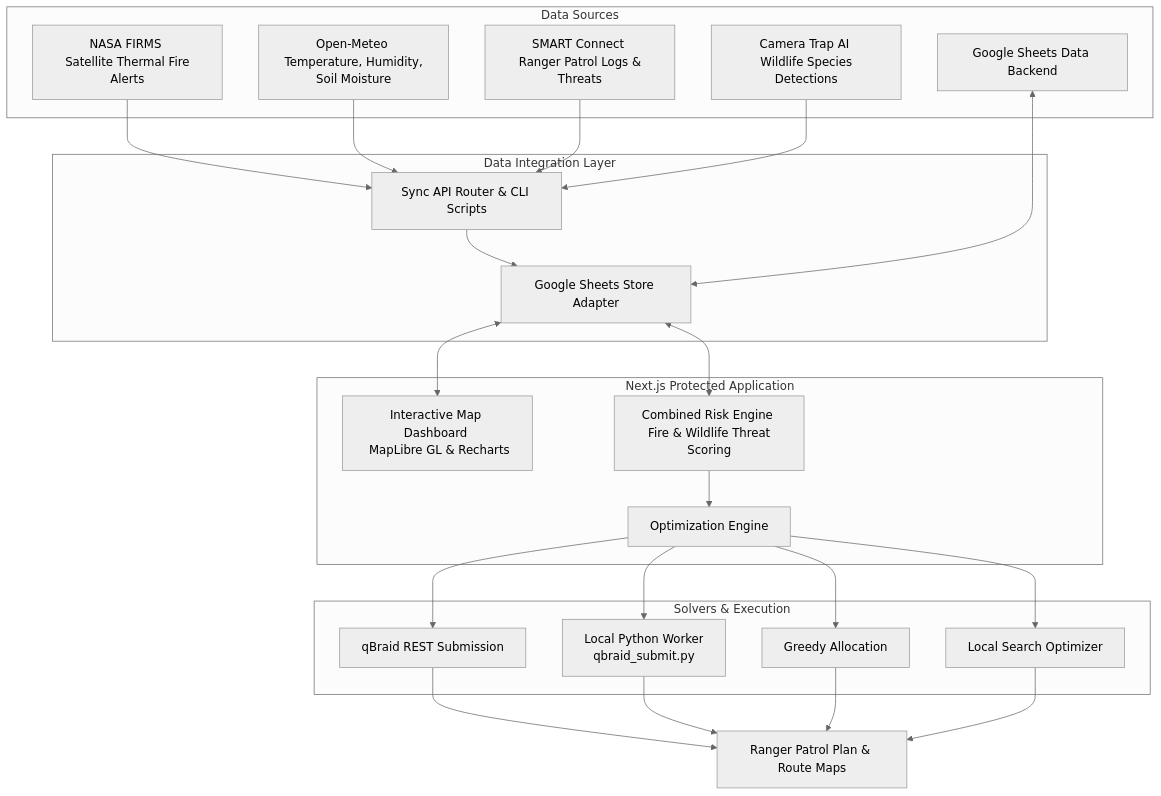
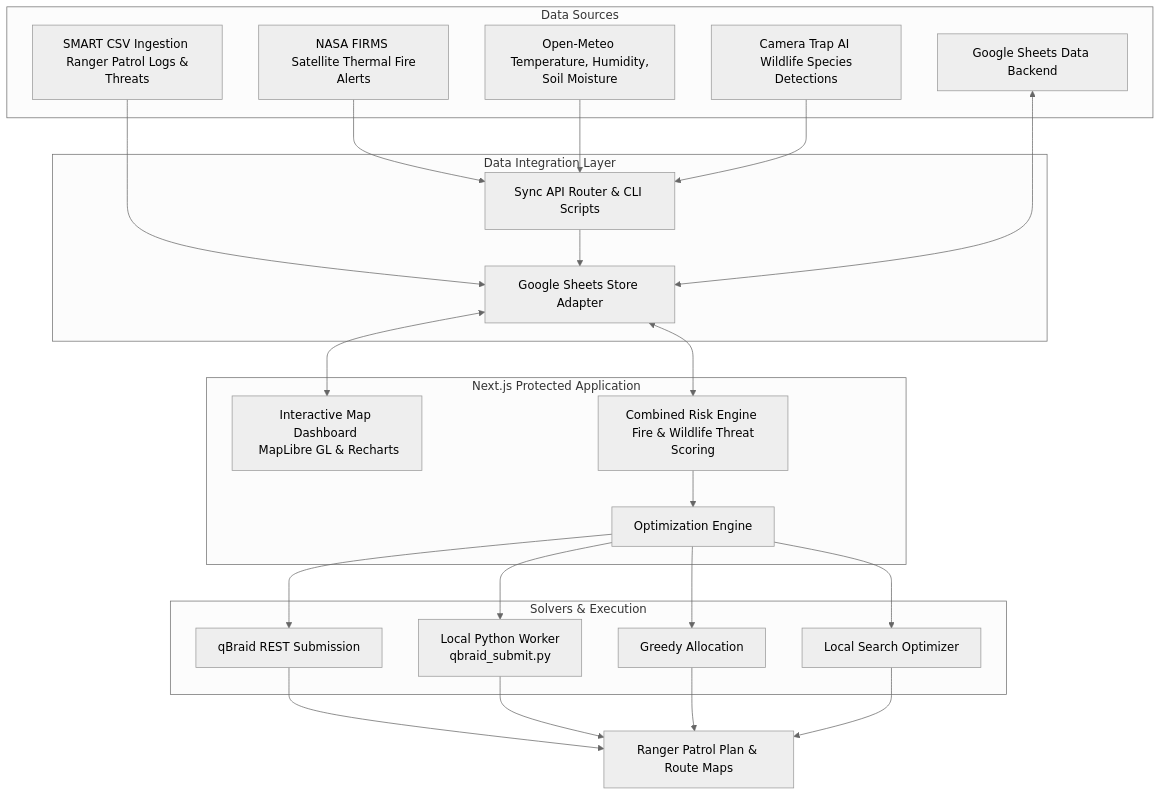
The diagram in README.md (taechasith/RangerQ--QuantumAIDecisionLayer-for-KhaoYaaiNationalPark), drawn with Mermaid (neutral theme) before and after one commit. The commit also changed other lines of this file and 3 other files, not shown here.

Commit message:
refactor: remove SMART Connect server API credentials check and transition to local SMART CSV Ingestion

````diff
--- a/README.md
+++ b/README.md
@@ -11,50 +11,50 @@
 ```mermaid
 graph TD
     subgraph Data Sources
         FIRMS[NASA FIRMS <br/> Satellite Thermal Fire Alerts]
         Meteo[Open-Meteo <br/> Temperature, Humidity, Soil Moisture]
-        SMART[SMART Connect <br/> Ranger Patrol Logs & Threats]
+        SMART[SMART CSV Ingestion <br/> Ranger Patrol Logs & Threats]
         CamAI[Camera Trap AI <br/> Wildlife Species Detections]
         SheetDb[Google Sheets Data Backend]
     end
 
     subgraph Data Integration Layer
         Sync[Sync API Router & CLI Scripts]
         GStore[Google Sheets Store Adapter]
     end
 
     subgraph Next.js Protected Application
         Dashboard[Interactive Map Dashboard <br/> MapLibre GL & Recharts]
         RiskEng[Combined Risk Engine <br/> Fire & Wildlife Threat Scoring]
         OptEng[Optimization Engine]
     end
 
     subgraph Solvers & Execution
         Greedy[Greedy Allocation]
         Local[Local Search Optimizer]
         QbraidRest[qBraid REST Submission]
         QbraidLoc[Local Python Worker <br/> qbraid_submit.py]
     end
 
     %% Flow connections
     FIRMS --> Sync
     Meteo --> Sync
-    SMART --> Sync
+    SMART --> GStore
     CamAI --> Sync
     
     Sync --> GStore
     SheetDb <--> GStore
     GStore <--> Dashboard
     GStore <--> RiskEng
     
     RiskEng --> OptEng
     OptEng --> Greedy
     OptEng --> Local
     OptEng --> QbraidRest
     OptEng --> QbraidLoc
 
     QbraidRest --> Done[Ranger Patrol Plan & Route Maps]
     QbraidLoc --> Done
     Greedy --> Done
     Local --> Done
 ```
````
